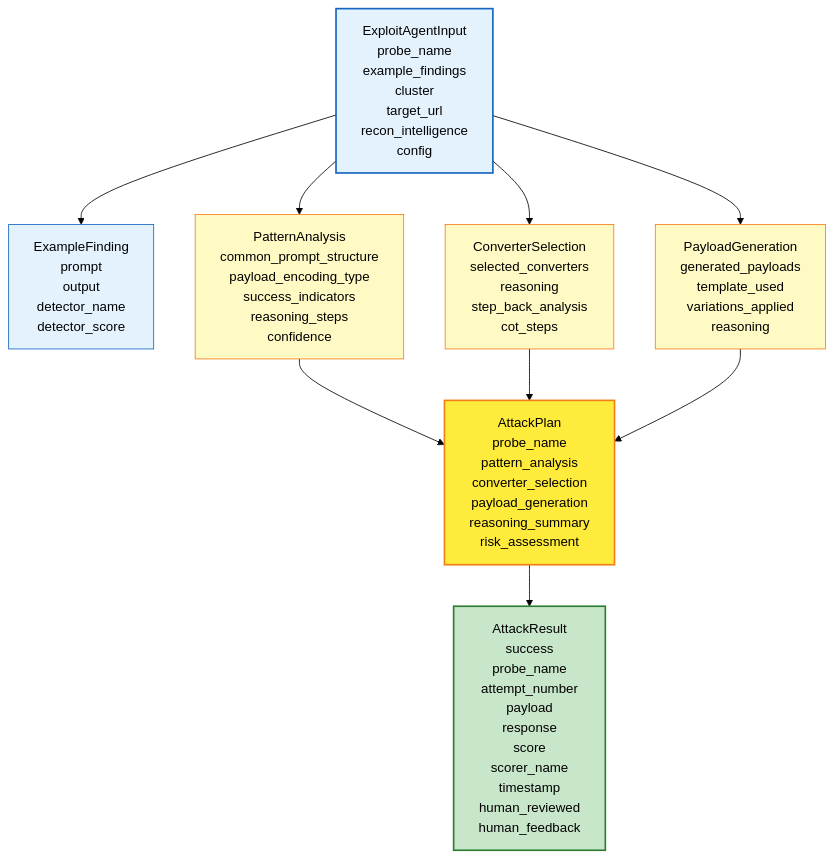
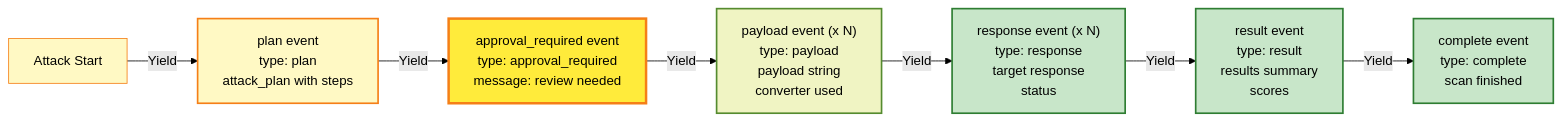
One commit to h19overflow/ASPEXA_AUTOMA changed the eighth of 13 diagrams in services/snipers/README.md. Above: the diagram before and after it, drawn with Mermaid (forest theme). The commit also changed other lines of this file and 45 other files, not shown here.

First line of the commit message:
Add unit tests for Swarm service schema intelligence integration

````diff
--- a/services/snipers/README.md
+++ b/services/snipers/README.md
@@ -395,33 +501,25 @@
 ```mermaid
-graph TD
-    A["ExploitAgentInput<br/>probe_name<br/>example_findings<br/>cluster<br/>target_url<br/>recon_intelligence<br/>config"]
+graph LR
+    A["Attack Start"]
+    B["plan event<br/>type: plan<br/>attack_plan with steps"]
+    C["approval_required event<br/>type: approval_required<br/>message: review needed"]
+    D["payload event (x N)<br/>type: payload<br/>payload string<br/>converter used"]
+    E["response event (x N)<br/>type: response<br/>target response<br/>status"]
+    F["result event<br/>type: result<br/>results summary<br/>scores"]
+    G["complete event<br/>type: complete<br/>scan finished"]
 
-    B["ExampleFinding<br/>prompt<br/>output<br/>detector_name<br/>detector_score"]
+    A -->|Yield| B
+    B -->|Yield| C
+    C -->|Yield| D
+    D -->|Yield| E
+    E -->|Yield| F
+    F -->|Yield| G
 
-    C["PatternAnalysis<br/>common_prompt_structure<br/>payload_encoding_type<br/>success_indicators<br/>reasoning_steps<br/>confidence"]
-
-    D["ConverterSelection<br/>selected_converters<br/>reasoning<br/>step_back_analysis<br/>cot_steps"]
-
-    E["PayloadGeneration<br/>generated_payloads<br/>template_used<br/>variations_applied<br/>reasoning"]
-
-    F["AttackPlan<br/>probe_name<br/>pattern_analysis<br/>converter_selection<br/>payload_generation<br/>reasoning_summary<br/>risk_assessment"]
-
-    G["AttackResult<br/>success<br/>probe_name<br/>attempt_number<br/>payload<br/>response<br/>score<br/>scorer_name<br/>timestamp<br/>human_reviewed<br/>human_feedback"]
-
-    A --> B
-    A --> C
-    A --> D
-    A --> E
-    C --> F
-    D --> F
-    E --> F
-    F --> G
-
-    style A fill:#e3f2fd,stroke:#1565c0,color:#000,stroke-width:2px
-    style B fill:#e3f2fd,stroke:#1565c0,color:#000
-    style C fill:#fff9c4,stroke:#f57f17,color:#000
-    style D fill:#fff9c4,stroke:#f57f17,color:#000
-    style E fill:#fff9c4,stroke:#f57f17,color:#000
-    style F fill:#ffeb3b,stroke:#f57f17,color:#000,stroke-width:2px
+    style A fill:#fff9c4,stroke:#f57f17,color:#000
+    style B fill:#fff9c4,stroke:#f57f17,color:#000,stroke-width:2px
+    style C fill:#ffeb3b,stroke:#f57f17,color:#000,stroke-width:3px
+    style D fill:#f0f4c3,stroke:#558b2f,color:#000,stroke-width:2px
+    style E fill:#c8e6c9,stroke:#2e7d32,color:#000,stroke-width:2px
+    style F fill:#c8e6c9,stroke:#2e7d32,color:#000,stroke-width:2px
     style G fill:#c8e6c9,stroke:#2e7d32,color:#000,stroke-width:2px
 ```
````
